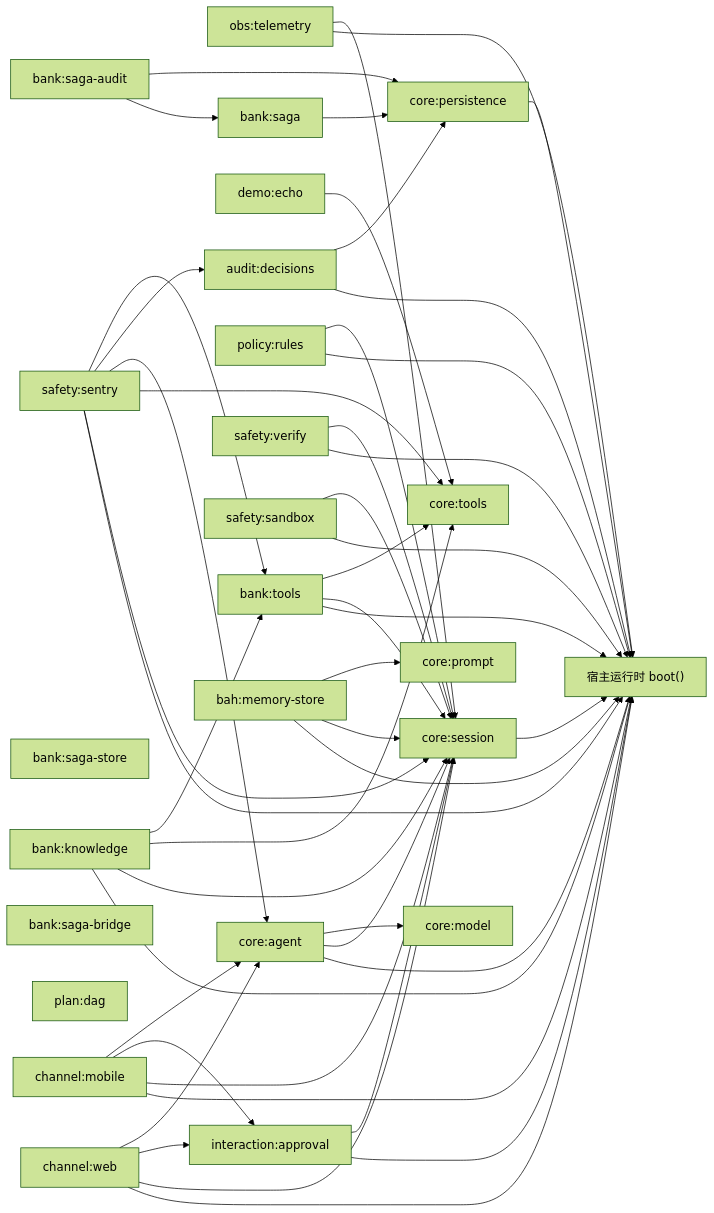
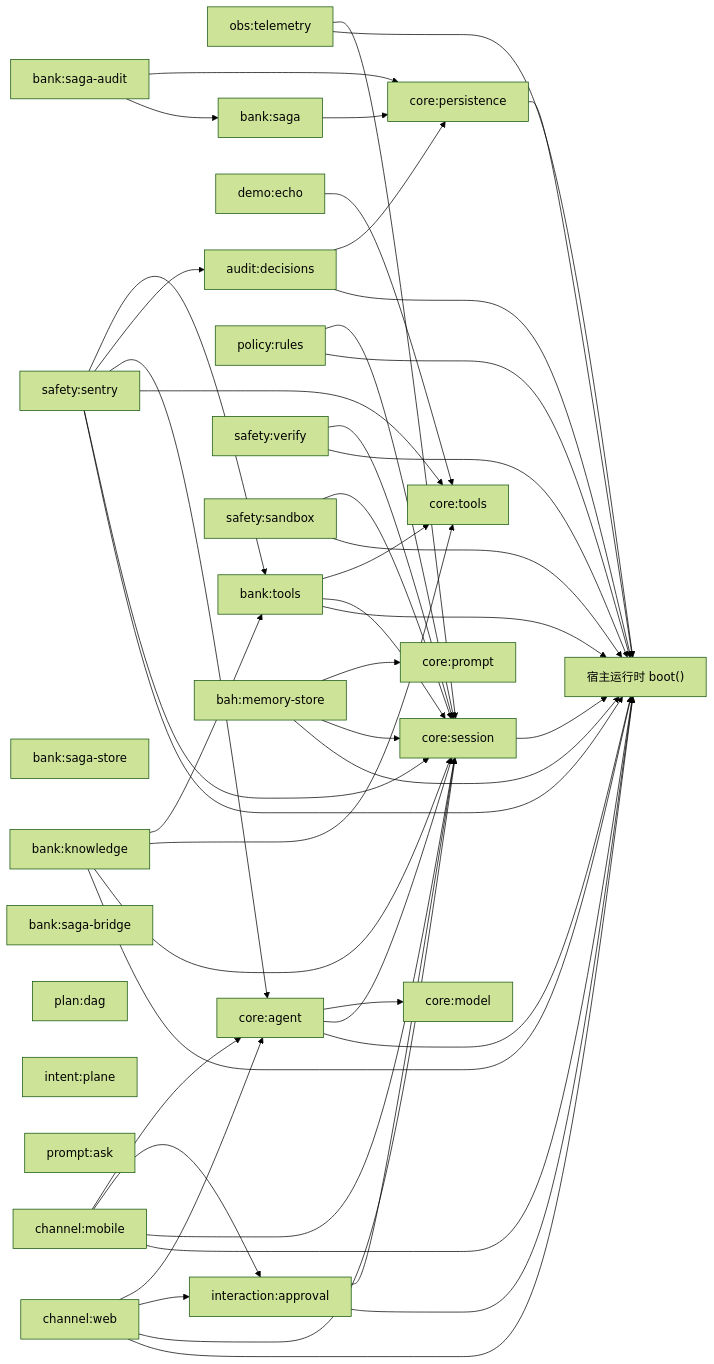
One commit to YYYPROBEE/BAH changed the first of 2 diagrams in docs/architecture.md. Above: the diagram before and after it, drawn with Mermaid (forest theme). The commit also changed other lines of this file and 86 other files, not shown here.

Commit message:
feat(intent): 意图理解与追问

````diff
--- a/docs/architecture.md
+++ b/docs/architecture.md
@@ -76,72 +76,74 @@
 ```mermaid
 graph LR
   p0["core:session"]
   p1["obs:telemetry"]
   p2["core:tools"]
   p3["core:prompt"]
   p4["core:model"]
   p5["core:agent"]
   p6["core:persistence"]
   p7["audit:decisions"]
   p8["demo:echo"]
   p9["bank:tools"]
   p10["policy:rules"]
   p11["bank:knowledge"]
   p12["interaction:approval"]
   p13["safety:sentry"]
   p14["safety:verify"]
   p15["safety:sandbox"]
   p16["bank:saga-store"]
   p17["bank:saga"]
   p18["bank:saga-audit"]
   p19["bank:saga-bridge"]
   p20["plan:dag"]
   p21["bah:memory-store"]
-  p22["channel:web"]
-  p23["channel:mobile"]
+  p22["intent:plane"]
+  p23["prompt:ask"]
+  p24["channel:web"]
+  p25["channel:mobile"]
   p0 --> host["宿主运行时 boot()"]
   p1 --> host["宿主运行时 boot()"]
   p1 --> p0
   p10 --> host["宿主运行时 boot()"]
   p10 --> p0
   p11 --> host["宿主运行时 boot()"]
   p11 --> p0
   p11 --> p2
   p11 --> p9
   p12 --> host["宿主运行时 boot()"]
   p12 --> p0
   p13 --> host["宿主运行时 boot()"]
   p13 --> p0
   p13 --> p2
   p13 --> p5
   p13 --> p7
   p13 --> p9
   p14 --> host["宿主运行时 boot()"]
   p14 --> p0
   p15 --> host["宿主运行时 boot()"]
   p15 --> p0
   p17 --> p6
   p18 --> p17
   p18 --> p6
   p21 --> host["宿主运行时 boot()"]
   p21 --> p0
   p21 --> p3
-  p22 --> host["宿主运行时 boot()"]
-  p22 --> p0
-  p22 --> p12
-  p22 --> p5
-  p23 --> host["宿主运行时 boot()"]
-  p23 --> p0
-  p23 --> p12
-  p23 --> p5
+  p24 --> host["宿主运行时 boot()"]
+  p24 --> p0
+  p24 --> p12
+  p24 --> p5
+  p25 --> host["宿主运行时 boot()"]
+  p25 --> p0
+  p25 --> p12
+  p25 --> p5
   p5 --> host["宿主运行时 boot()"]
   p5 --> p0
   p5 --> p4
   p6 --> host["宿主运行时 boot()"]
   p7 --> host["宿主运行时 boot()"]
   p7 --> p6
   p8 --> p2
   p9 --> host["宿主运行时 boot()"]
   p9 --> p0
   p9 --> p2
 ```
````
